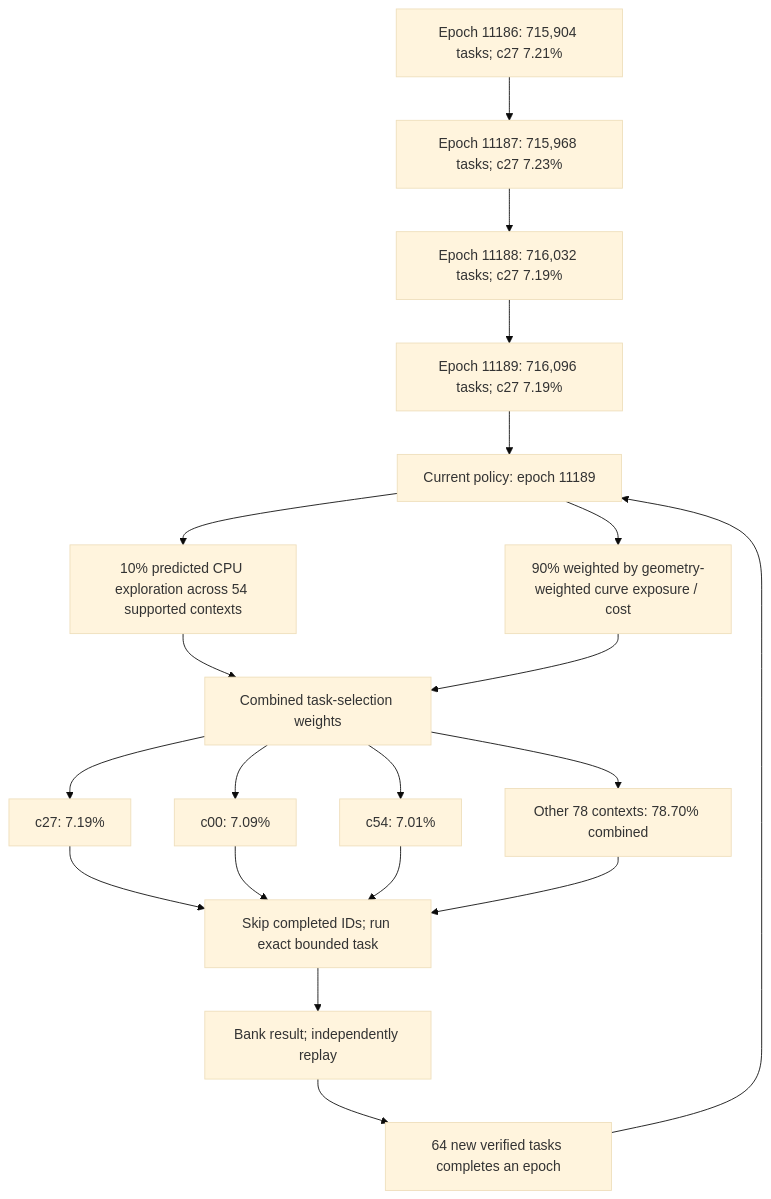
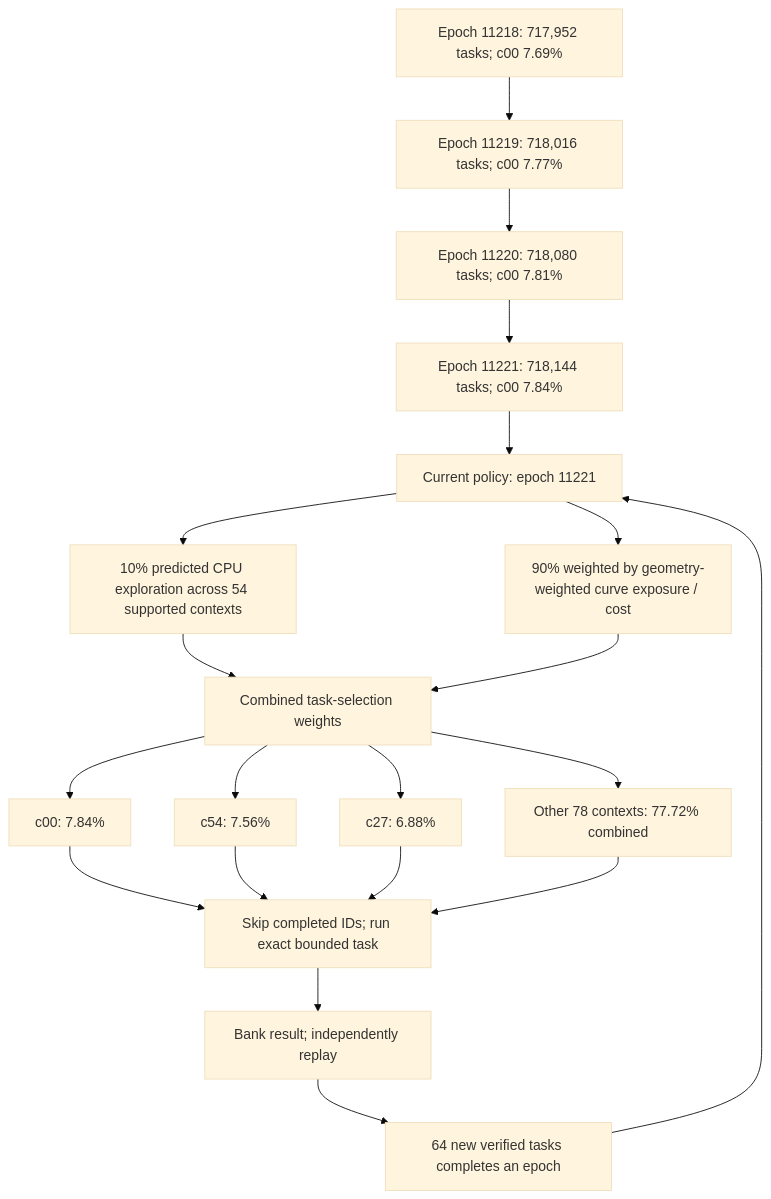
The first of 4 diagrams in README.md (Kuberwastaken/math-gambling), drawn with Mermaid (base theme) before and after one commit. The commit also changed other lines of this file and 4348 other files, not shown here.

````diff
--- a/README.md
+++ b/README.md
@@ -60,27 +60,27 @@
 ```mermaid
 flowchart TD
-    H0["Epoch 11186: 715,904 tasks; c27 7.21%"]
-    H1["Epoch 11187: 715,968 tasks; c27 7.23%"]
+    H0["Epoch 11218: 717,952 tasks; c00 7.69%"]
+    H1["Epoch 11219: 718,016 tasks; c00 7.77%"]
     H0 --> H1
-    H2["Epoch 11188: 716,032 tasks; c27 7.19%"]
+    H2["Epoch 11220: 718,080 tasks; c00 7.81%"]
     H1 --> H2
-    H3["Epoch 11189: 716,096 tasks; c27 7.19%"]
+    H3["Epoch 11221: 718,144 tasks; c00 7.84%"]
     H2 --> H3
-    Policy["Current policy: epoch 11189"]
+    Policy["Current policy: epoch 11221"]
     H3 --> Policy
     Policy --> Explore["10% predicted CPU exploration across 54 supported contexts"]
     Policy --> Cost["90% weighted by geometry-weighted curve exposure / cost"]
     Explore --> Mix["Combined task-selection weights"]
     Cost --> Mix
-    Mix --> C0["c27: 7.19%"]
-    Mix --> C1["c00: 7.09%"]
-    Mix --> C2["c54: 7.01%"]
-    Mix --> Rest["Other 78 contexts: 78.70% combined"]
+    Mix --> C0["c00: 7.84%"]
+    Mix --> C1["c54: 7.56%"]
+    Mix --> C2["c27: 6.88%"]
+    Mix --> Rest["Other 78 contexts: 77.72% combined"]
     C0 --> Check["Skip completed IDs; run exact bounded task"]
     C1 --> Check
     C2 --> Check
     Rest --> Check
     Check --> Replay["Bank result; independently replay"]
     Replay --> Gate["64 new verified tasks completes an epoch"]
     Gate --> Policy
 ```
````
